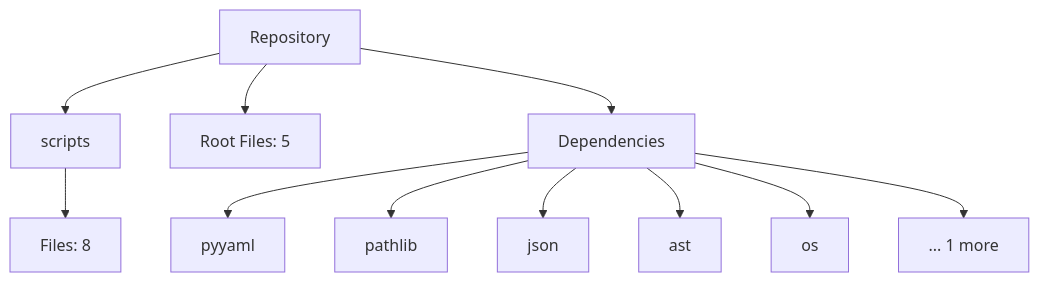
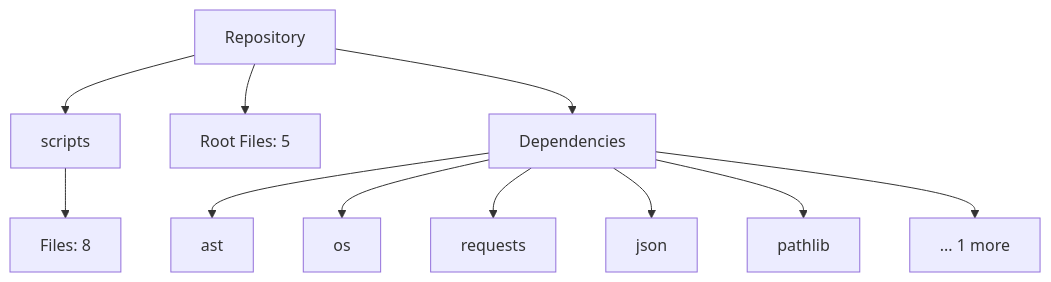
One commit to NITISH-R-G/Smart-Task-Tracker-macOS-Dark-Edition- changed the diagram in README.md. Above: the diagram before and after it, drawn with Mermaid. The commit also changed 4 other files, not shown here.

Commit message:
docs(auto): Automatically update repository architecture and README

````diff
--- a/README.md
+++ b/README.md
@@ -17,15 +17,15 @@
 ```mermaid
 graph TD
     Root[Repository]
     Root --> scripts[scripts]
     scripts --> scripts_files[Files: 8]
     Root --> Root_files[Root Files: 5]
     Root --> Deps[Dependencies]
-    Deps --> pyyaml[pyyaml]
-    Deps --> pathlib[pathlib]
-    Deps --> json[json]
     Deps --> ast[ast]
     Deps --> os[os]
+    Deps --> requests[requests]
+    Deps --> json[json]
+    Deps --> pathlib[pathlib]
     Deps --> MoreDeps[... 1 more]
 
 ```
````
